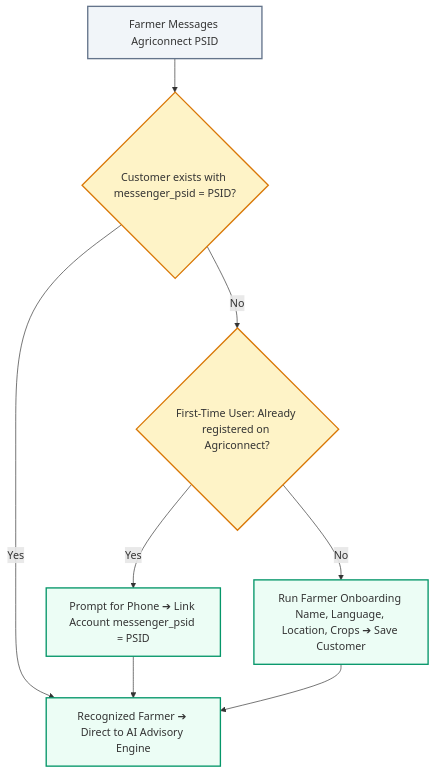
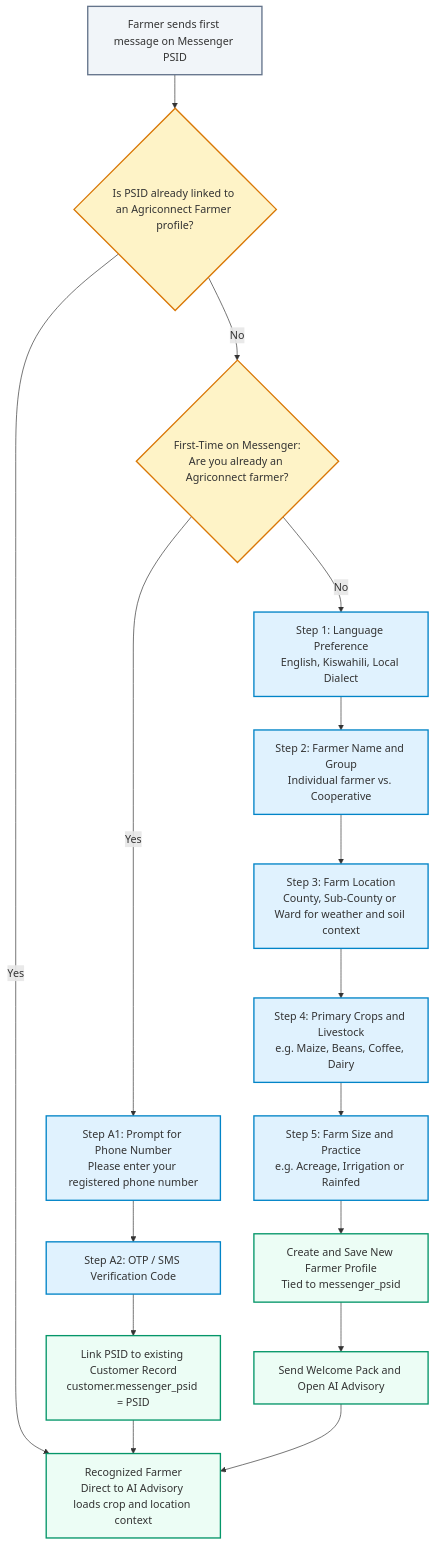
The fourth of 4 diagrams in docs/features/009_facebook_messenger_chatbot_pipeline_spec.md (akvo/nbd-phase-1), drawn with Mermaid before and after one commit. The commit also changed other lines of this file, not shown here.

Commit message:
[#170] docs(agriconnect): add multi-step onboarding and account linking flow to spec

````diff
--- a/docs/features/009_facebook_messenger_chatbot_pipeline_spec.md
+++ b/docs/features/009_facebook_messenger_chatbot_pipeline_spec.md
@@ -149,14 +151,27 @@
 ```mermaid
 flowchart TD
     classDef start fill:#f1f5f9,stroke:#64748b,stroke-width:2px;
     classDef decision fill:#fef3c7,stroke:#d97706,stroke-width:2px;
-    classDef process fill:#ecfdf5,stroke:#059669,stroke-width:2px;
+    classDef step fill:#e0f2fe,stroke:#0284c7,stroke-width:2px;
+    classDef done fill:#ecfdf5,stroke:#059669,stroke-width:2px;
 
-    Start["Farmer Messages Agriconnect PSID"]:::start --> CheckDB{"Customer exists with messenger_psid = PSID?"}:::decision
-    CheckDB -->|Yes| Recognized["Recognized Farmer ➔ Direct to AI Advisory Engine"]:::process
-    CheckDB -->|No| AskLinking{"First-Time User: Already registered on Agriconnect?"}:::decision
-    AskLinking -->|Yes| PromptPhone["Prompt for Phone ➔ Link Account messenger_psid = PSID"]:::process
-    AskLinking -->|No| Onboard["Run Farmer Onboarding Name, Language, Location, Crops ➔ Save Customer"]:::process
-    PromptPhone --> Recognized
-    Onboard --> Recognized
+    Start["Farmer sends first message on Messenger PSID"]:::start --> CheckDB{"Is PSID already linked to an Agriconnect Farmer profile?"}:::decision
+    
+    CheckDB -->|Yes| DirectAI["Recognized Farmer<br/>Direct to AI Advisory loads crop and location context"]:::done
+    
+    CheckDB -->|No| AskExisting{"First-Time on Messenger:<br/>Are you already an Agriconnect farmer?"}:::decision
+    
+    AskExisting -->|Yes| PromptPhone["Step A1: Prompt for Phone Number<br/>Please enter your registered phone number"]:::step
+    PromptPhone --> VerifyOTP["Step A2: OTP / SMS Verification Code"]:::step
+    VerifyOTP --> LinkAccount["Link PSID to existing Customer Record<br/>customer.messenger_psid = PSID"]:::done
+    LinkAccount --> DirectAI
+
+    AskExisting -->|No| Step1["Step 1: Language Preference<br/>English, Kiswahili, Local Dialect"]:::step
+    Step1 --> Step2["Step 2: Farmer Name and Group<br/>Individual farmer vs. Cooperative"]:::step
+    Step2 --> Step3["Step 3: Farm Location<br/>County, Sub-County or Ward for weather and soil context"]:::step
+    Step3 --> Step4["Step 4: Primary Crops and Livestock<br/>e.g. Maize, Beans, Coffee, Dairy"]:::step
+    Step4 --> Step5["Step 5: Farm Size and Practice<br/>e.g. Acreage, Irrigation or Rainfed"]:::step
+    Step5 --> SaveProfile["Create and Save New Farmer Profile<br/>Tied to messenger_psid"]:::done
+    SaveProfile --> WelcomeMsg["Send Welcome Pack and Open AI Advisory"]:::done
+    WelcomeMsg --> DirectAI
 ```
````
